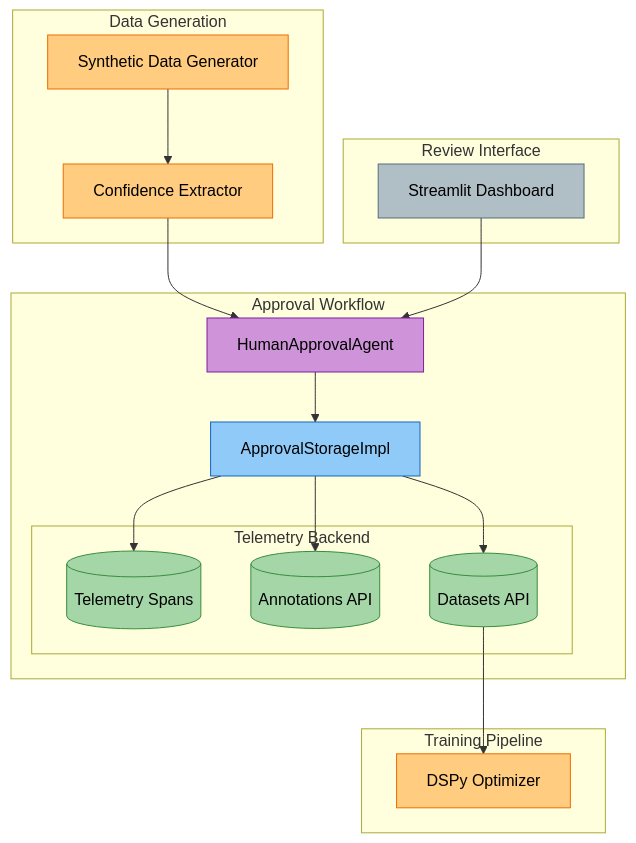
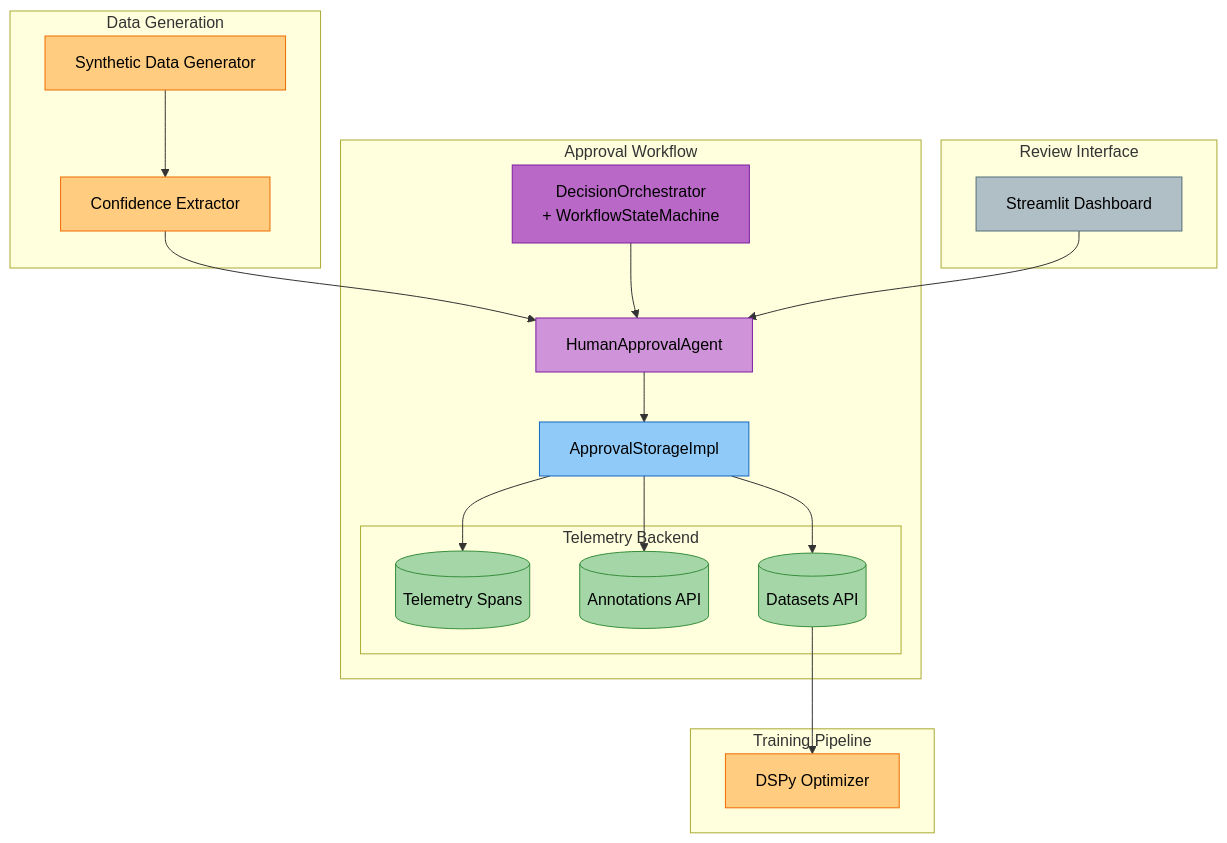
The first of 2 diagrams in docs/modules/approval-workflow.md (amit-jain/cogniverse), drawn with Mermaid before and after one commit. The commit also changed other lines of this file and 50 other files, not shown here.

First line of the commit message:
Complete and verify docs against code with mermaid palette

````diff
--- a/docs/modules/approval-workflow.md
+++ b/docs/modules/approval-workflow.md
@@ -26,46 +31,49 @@
 ```mermaid
 flowchart TB
     subgraph "Data Generation"
         SyntheticGen["<span style='color:#000'>Synthetic Data Generator</span>"]
         Extractor["<span style='color:#000'>Confidence Extractor</span>"]
         SyntheticGen --> Extractor
     end
 
     subgraph "Approval Workflow"
         ApprovalAgent["<span style='color:#000'>HumanApprovalAgent</span>"]
+        Orchestrator["<span style='color:#000'>DecisionOrchestrator<br/>+ WorkflowStateMachine</span>"]
         Storage["<span style='color:#000'>ApprovalStorageImpl</span>"]
 
         Extractor --> ApprovalAgent
+        Orchestrator --> ApprovalAgent
         ApprovalAgent --> Storage
 
         subgraph "Telemetry Backend"
             Spans[("<span style='color:#000'>Telemetry Spans</span>")]
             Annotations[("<span style='color:#000'>Annotations API</span>")]
             Datasets[("<span style='color:#000'>Datasets API</span>")]
         end
 
         Storage --> Spans
         Storage --> Annotations
         Storage --> Datasets
     end
 
     subgraph "Review Interface"
         Dashboard["<span style='color:#000'>Streamlit Dashboard</span>"]
         Dashboard --> ApprovalAgent
     end
 
     subgraph "Training Pipeline"
         Optimizer["<span style='color:#000'>DSPy Optimizer</span>"]
         Datasets --> Optimizer
     end
 
     style SyntheticGen fill:#ffcc80,stroke:#ef6c00,color:#000
     style Extractor fill:#ffcc80,stroke:#ef6c00,color:#000
     style ApprovalAgent fill:#ce93d8,stroke:#7b1fa2,color:#000
+    style Orchestrator fill:#ba68c8,stroke:#7b1fa2,color:#000
     style Storage fill:#90caf9,stroke:#1565c0,color:#000
     style Spans fill:#a5d6a7,stroke:#388e3c,color:#000
     style Annotations fill:#a5d6a7,stroke:#388e3c,color:#000
     style Datasets fill:#a5d6a7,stroke:#388e3c,color:#000
     style Dashboard fill:#b0bec5,stroke:#546e7a,color:#000
     style Optimizer fill:#ffcc80,stroke:#ef6c00,color:#000
 ```
````
